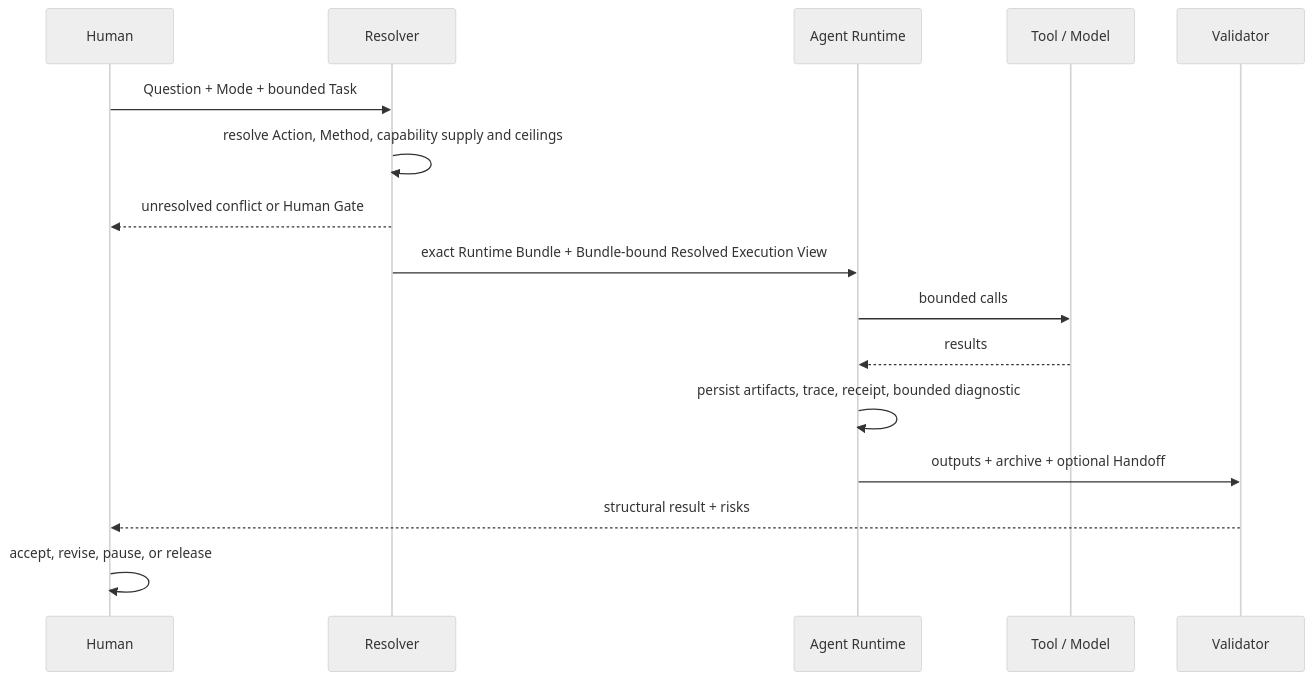
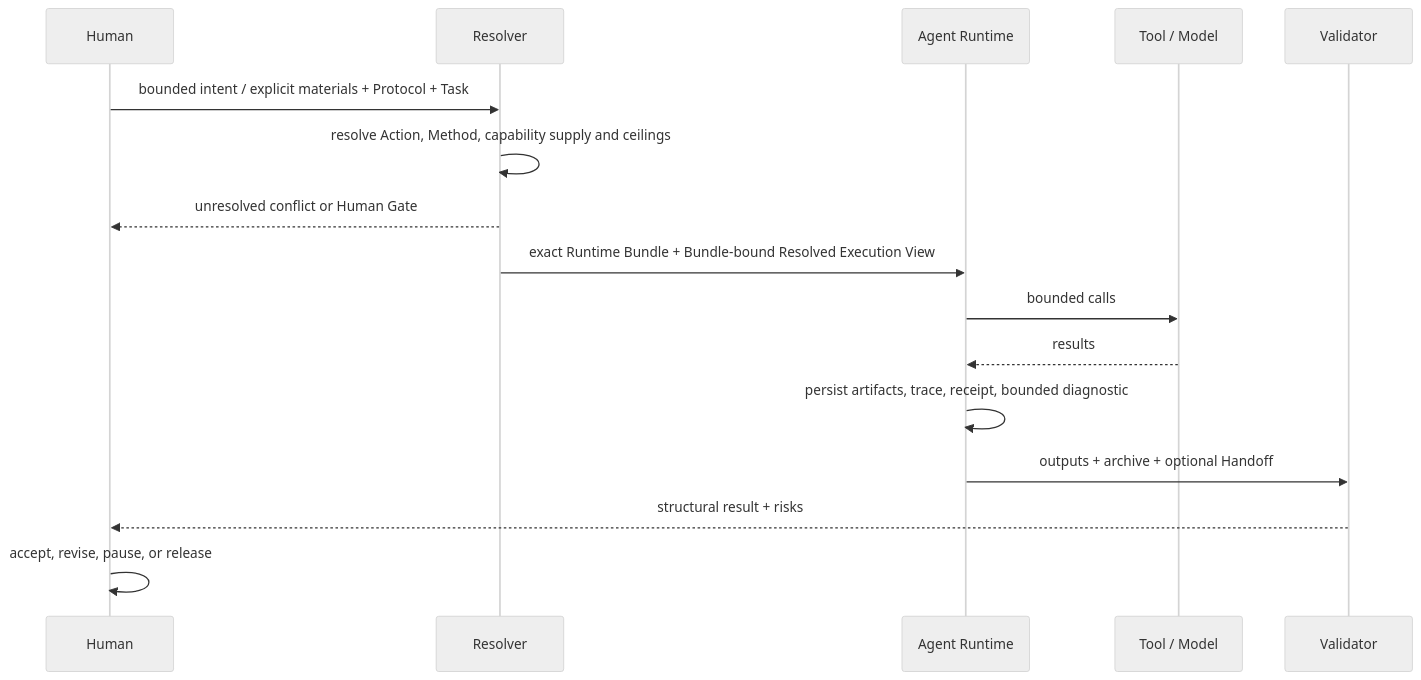
Before and after one commit to Chengyue-Lu/research-agent-workbench: the second of 3 diagrams in docs/ARCHITECTURE.md, drawn with Mermaid (neutral theme). The commit also changed other lines of this file and 57 other files, not shown here.

Commit message:
docs: align M-series and architecture bridge contracts

````diff
--- a/docs/ARCHITECTURE.md
+++ b/docs/ARCHITECTURE.md
@@ -58,19 +83,19 @@
 ```mermaid
 sequenceDiagram
     participant H as Human
     participant R as Resolver
     participant A as Agent Runtime
     participant T as Tool / Model
     participant V as Validator
 
-    H->>R: Question + Mode + bounded Task
+    H->>R: bounded intent / explicit materials + Protocol + Task
     R->>R: resolve Action, Method, capability supply and ceilings
     R-->>H: unresolved conflict or Human Gate
     R->>A: exact Runtime Bundle + Bundle-bound Resolved Execution View
     A->>T: bounded calls
     T-->>A: results
     A->>A: persist artifacts, trace, receipt, bounded diagnostic
     A->>V: outputs + archive + optional Handoff
     V-->>H: structural result + risks
     H->>H: accept, revise, pause, or release
 ```
````
